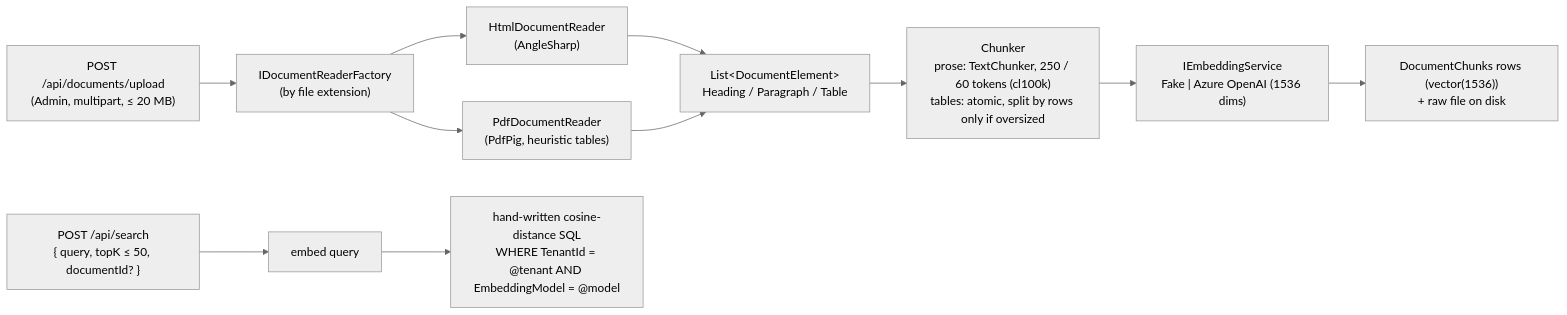
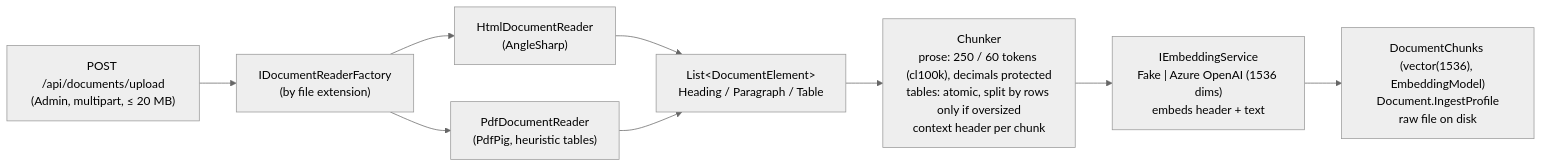
One commit to DanielyanArtyom/dotnet-mcp-rag-server changed the third of 5 diagrams in README.md. Above: the diagram before and after it, drawn with Mermaid (neutral theme). The commit also changed other lines of this file and 2 other files, not shown here.

````diff
--- a/README.md
+++ b/README.md
@@ -72,14 +87,11 @@
 ```mermaid
 flowchart LR
     Upload["POST /api/documents/upload<br/>(Admin, multipart, ≤ 20 MB)"] --> Factory["IDocumentReaderFactory<br/>(by file extension)"]
     Factory --> Html["HtmlDocumentReader<br/>(AngleSharp)"]
     Factory --> Pdf["PdfDocumentReader<br/>(PdfPig, heuristic tables)"]
     Html --> Elements["List&lt;DocumentElement&gt;<br/>Heading / Paragraph / Table"]
     Pdf --> Elements
-    Elements --> Chunker["Chunker<br/>prose: TextChunker, 250 / 60 tokens (cl100k)<br/>tables: atomic, split by rows only if oversized"]
-    Chunker --> Embed["IEmbeddingService<br/>Fake | Azure OpenAI (1536 dims)"]
-    Embed --> Save["DocumentChunks rows (vector(1536))<br/>+ raw file on disk"]
-
-    Search["POST /api/search<br/>{ query, topK ≤ 50, documentId? }"] --> EmbedQ["embed query"]
-    EmbedQ --> Sql["hand-written cosine-distance SQL<br/>WHERE TenantId = @tenant AND EmbeddingModel = @model"]
+    Elements --> Chunker["Chunker<br/>prose: 250 / 60 tokens (cl100k), decimals protected<br/>tables: atomic, split by rows only if oversized<br/>context header per chunk"]
+    Chunker --> Embed["IEmbeddingService<br/>Fake | Azure OpenAI (1536 dims)<br/>embeds header + text"]
+    Embed --> Save["DocumentChunks (vector(1536), EmbeddingModel)<br/>Document.IngestProfile<br/>raw file on disk"]
 ```
````
